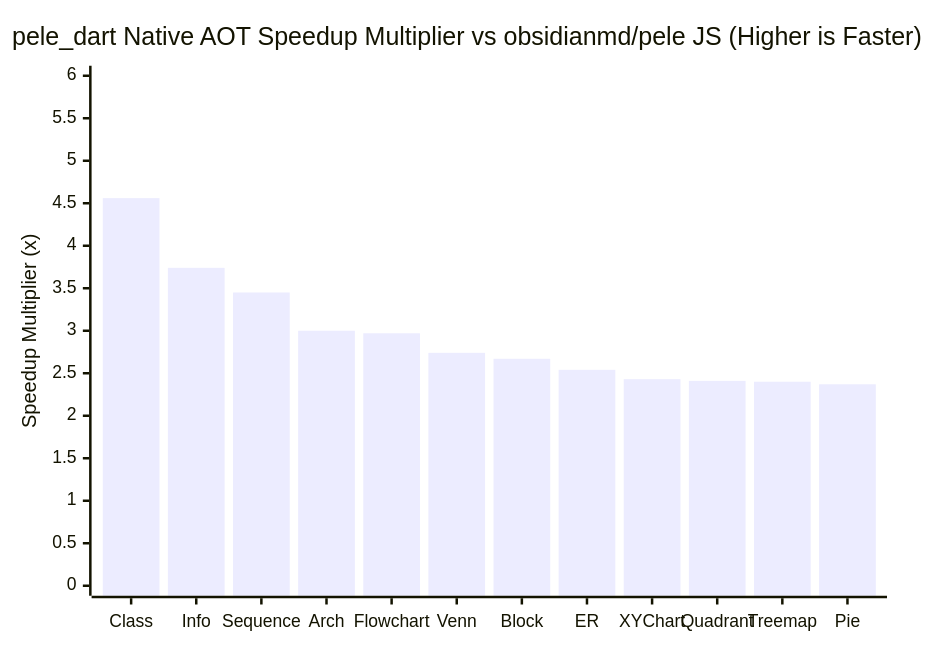
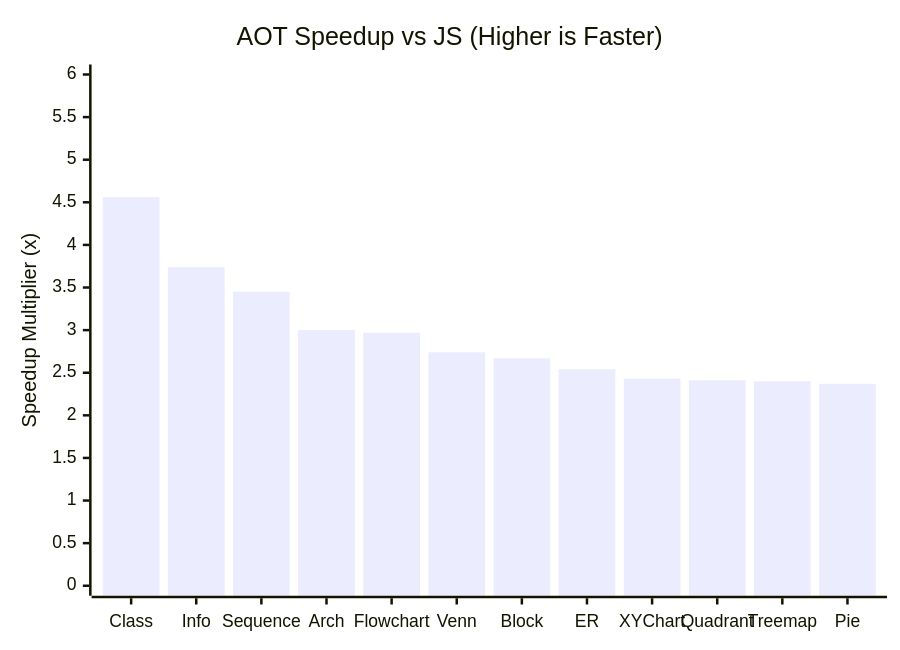
Before and after one commit to tkinnis/pele_dart: the second of 3 diagrams in doc/BENCHMARKS.md, drawn with Mermaid. The commit also changed other lines of this file and 14 other files, not shown here.

Commit message:
docs(benchmarks): add hardware/load metadata, shorten chart titles, and remove hardcoded family counts

````diff
--- a/doc/BENCHMARKS.md
+++ b/doc/BENCHMARKS.md
@@ -49,7 +59,7 @@
 ```mermaid
 xychart-beta
-  title "pele_dart Native AOT Speedup Multiplier vs obsidianmd/pele JS (Higher is Faster)"
+  title "AOT Speedup vs JS (Higher is Faster)"
   x-axis ["Class", "Info", "Sequence", "Arch", "Flowchart", "Venn", "Block", "ER", "XYChart", "Quadrant", "Treemap", "Pie"]
   y-axis "Speedup Multiplier (x)" 0 --> 6
   bar [4.56, 3.74, 3.45, 3.00, 2.97, 2.74, 2.67, 2.54, 2.43, 2.41, 2.40, 2.37]
 ```
````
